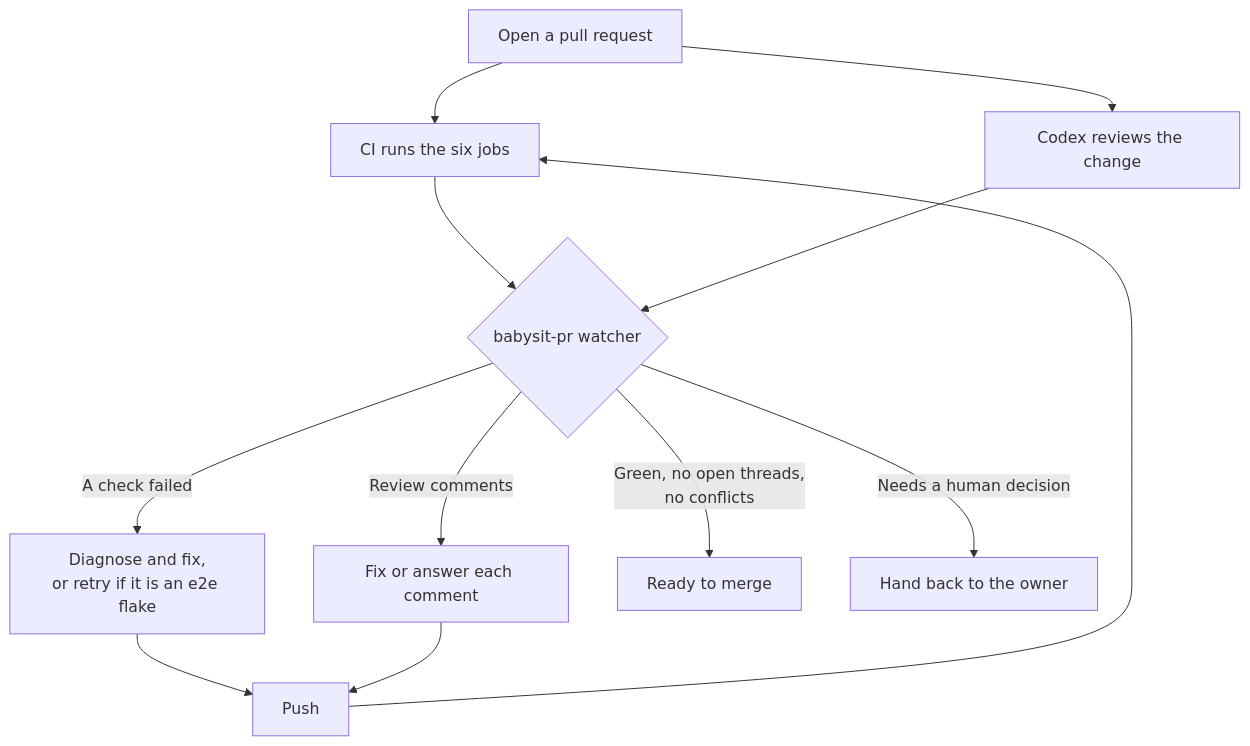
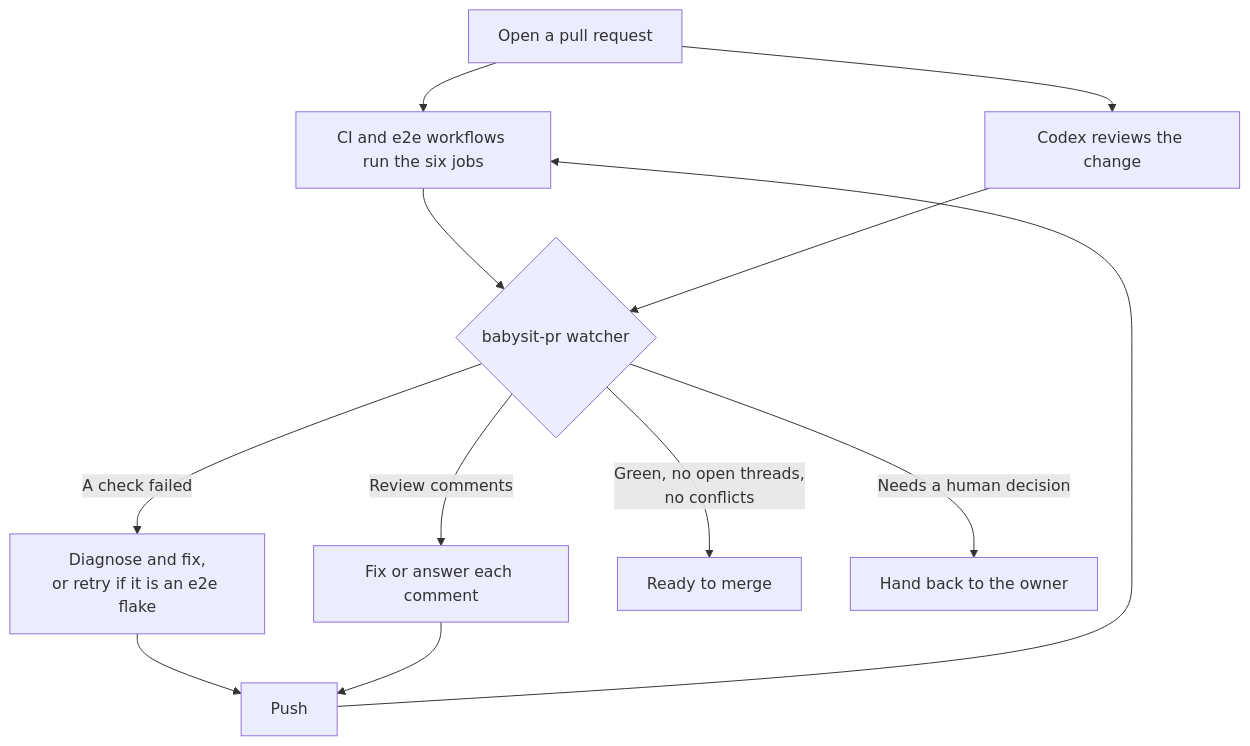
One commit to rock3r/clockblock changed the second of 2 diagrams in docs/testing.md. Above: the diagram before and after it, drawn with Mermaid. The commit also changed other lines of this file and 14 other files, not shown here.

````diff
--- a/docs/testing.md
+++ b/docs/testing.md
@@ -154,14 +158,14 @@
 ```mermaid
 flowchart TD
-    open["Open a pull request"] --> ci["CI runs the six jobs"]
+    open["Open a pull request"] --> ci["CI and e2e workflows run the six jobs"]
     open --> codex["Codex reviews the change"]
     ci --> watch{"babysit-pr watcher"}
     codex --> watch
     watch -->|"A check failed"| diagnose["Diagnose and fix,<br/>or retry if it is an e2e flake"]
     watch -->|"Review comments"| triage["Fix or answer each comment"]
     diagnose --> push["Push"]
     triage --> push
     push --> ci
     watch -->|"Green, no open threads,<br/>no conflicts"| ready["Ready to merge"]
     watch -->|"Needs a human decision"| owner["Hand back to the owner"]
 ```
````
